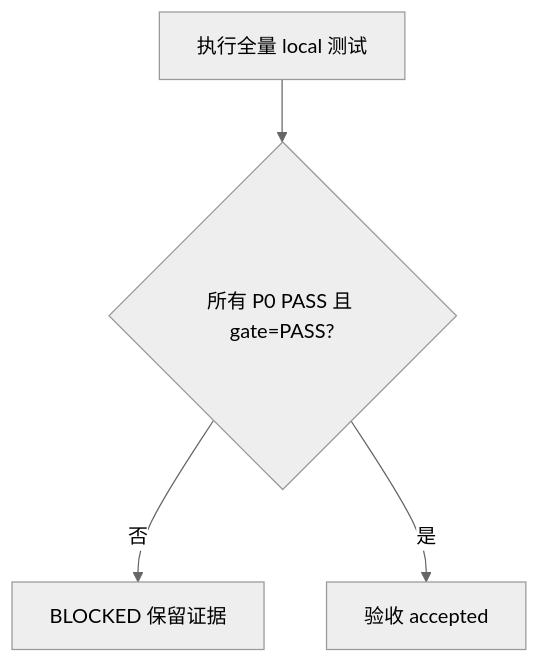
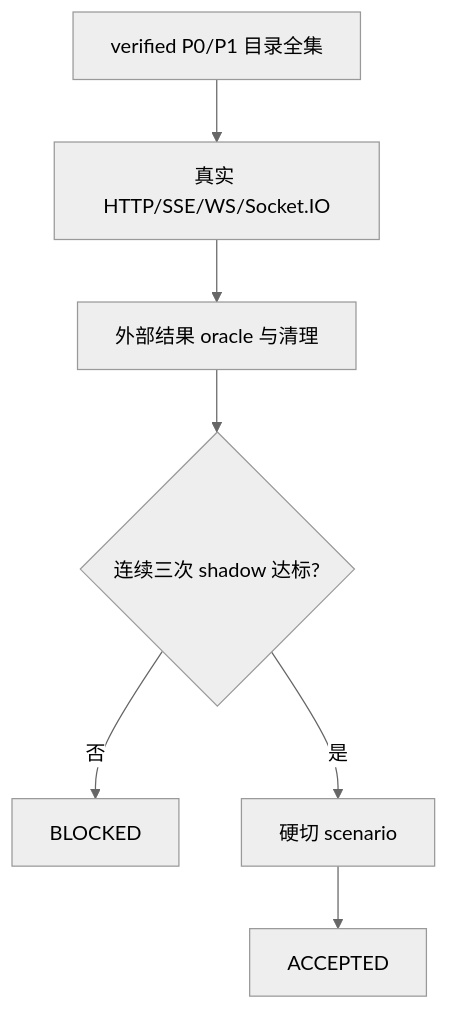
Before and after one commit to luode0320/luode-skills: the diagram in doc/7-验收/2026-07-12_191712_通用上线测试引擎_最终验收.md, drawn with Mermaid (neutral theme). The commit also changed other lines of this file and 8 other files, not shown here.

````diff
--- a/doc/7-验收/2026-07-12_191712_通用上线测试引擎_最终验收.md
+++ b/doc/7-验收/2026-07-12_191712_通用上线测试引擎_最终验收.md
@@ -97,6 +125,9 @@
 ```mermaid
 flowchart TD
-    A[执行全量 local 测试] --> B{所有 P0 PASS 且 gate=PASS?}
-    B -->|否| C[BLOCKED 保留证据]
-    B -->|是| D[验收 accepted]
+    A[verified P0/P1 目录全集] --> B[真实 HTTP/SSE/WS/Socket.IO]
+    B --> C[外部结果 oracle 与清理]
+    C --> D{连续三次 shadow 达标?}
+    D -->|否| X[BLOCKED]
+    D -->|是| E[硬切 scenario]
+    E --> F[ACCEPTED]
 ```
````
